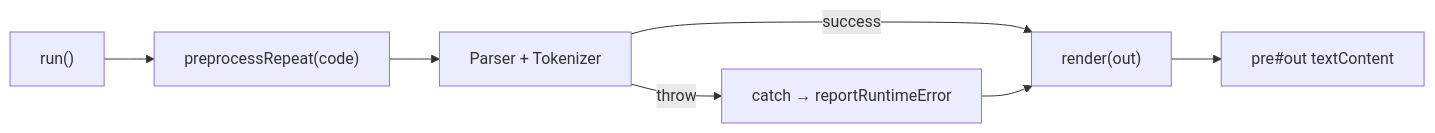
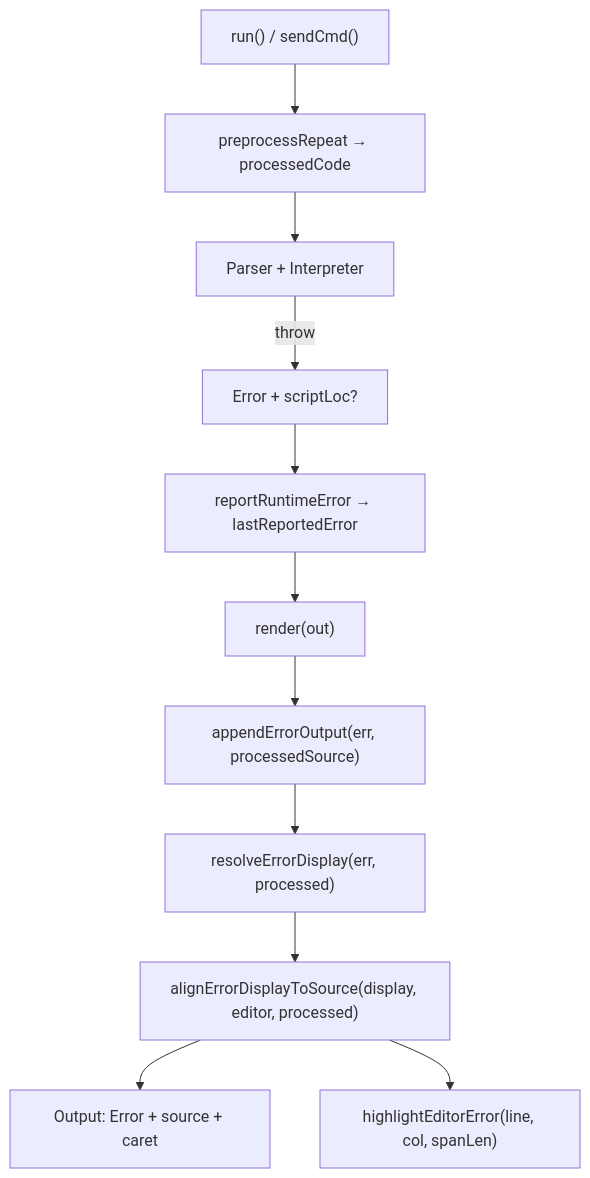
Before and after one commit to epsislow/logic-algebra-js: the diagram in library/logTscript/.cursor/plans/error_location_display.plan.md, drawn with Mermaid. The commit also changed other lines of this file and 4 other files, not shown here.

````diff
--- a/library/logTscript/.cursor/plans/error_location_display.plan.md
+++ b/library/logTscript/.cursor/plans/error_location_display.plan.md
@@ -32,9 +52,13 @@
 ```mermaid
-flowchart LR
-  run["run()"] --> preprocess["preprocessRepeat(code)"]
-  preprocess --> parse["Parser + Tokenizer"]
-  parse -->|success| outPlain["render(out)"]
-  parse -->|throw| catchErr["catch → reportRuntimeError"]
-  catchErr --> outPlain
-  outPlain --> preEl["pre#out textContent"]
+flowchart TD
+  run["run() / sendCmd()"] --> preprocess["preprocessRepeat → processedCode"]
+  preprocess --> parse["Parser + Interpreter"]
+  parse -->|throw| err["Error + scriptLoc?"]
+  err --> report["reportRuntimeError → lastReportedError"]
+  report --> render["render(out)"]
+  render --> append["appendErrorOutput(err, processedSource)"]
+  append --> resolve["resolveErrorDisplay(err, processed)"]
+  resolve --> align["alignErrorDisplayToSource(display, editor, processed)"]
+  align --> outDOM["Output: Error + source + caret"]
+  align --> editor["highlightEditorError(line, col, spanLen)"]
 ```
````
